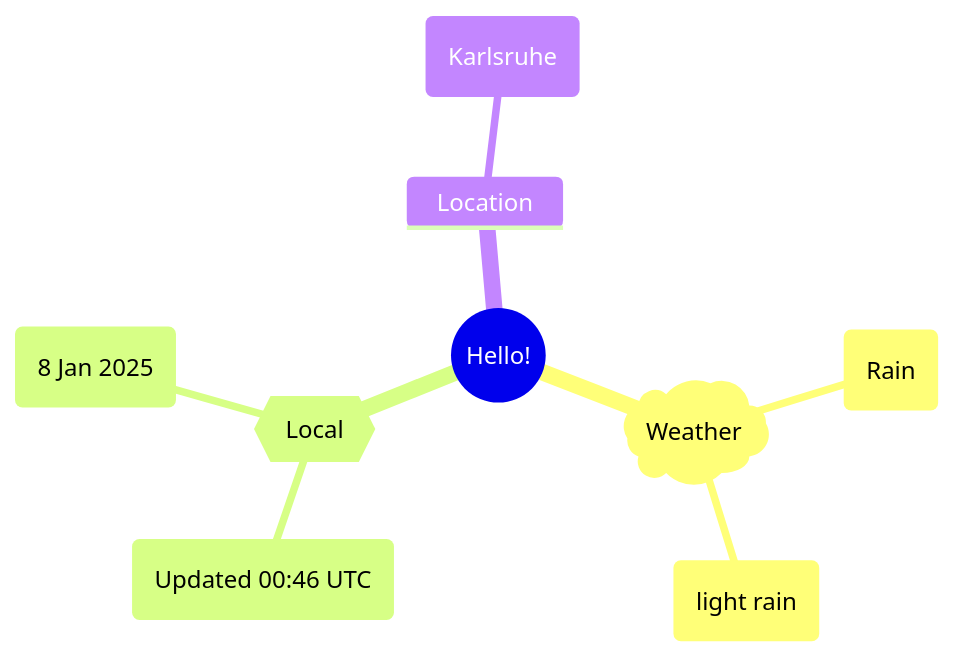
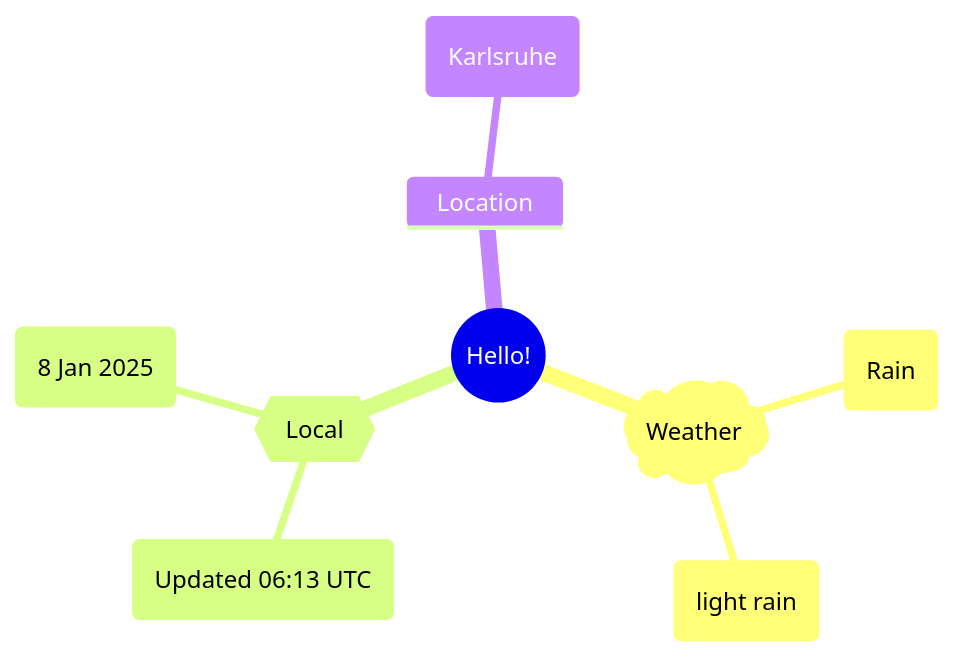
The first of 2 diagrams in README.md (Xosrov/Xosrov), drawn with Mermaid before and after one commit.

Commit message:
[bot] updated images

````diff
--- a/README.md
+++ b/README.md
@@ -3,12 +3,12 @@
 ```mermaid
 mindmap
   root((Hello!))
     )Weather(
         (Rain)
         (light rain)
     {{Local}}
-        (Updated 00:46 UTC)
+        (Updated 06:13 UTC)
         (8 Jan 2025)
     Location
         (Karlsruhe)
 ```
````
